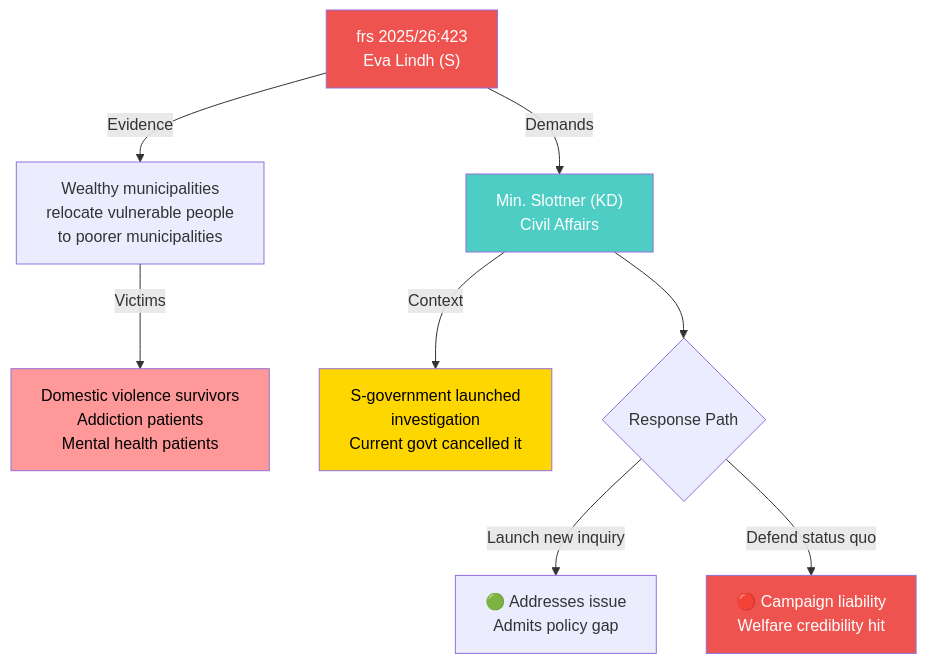
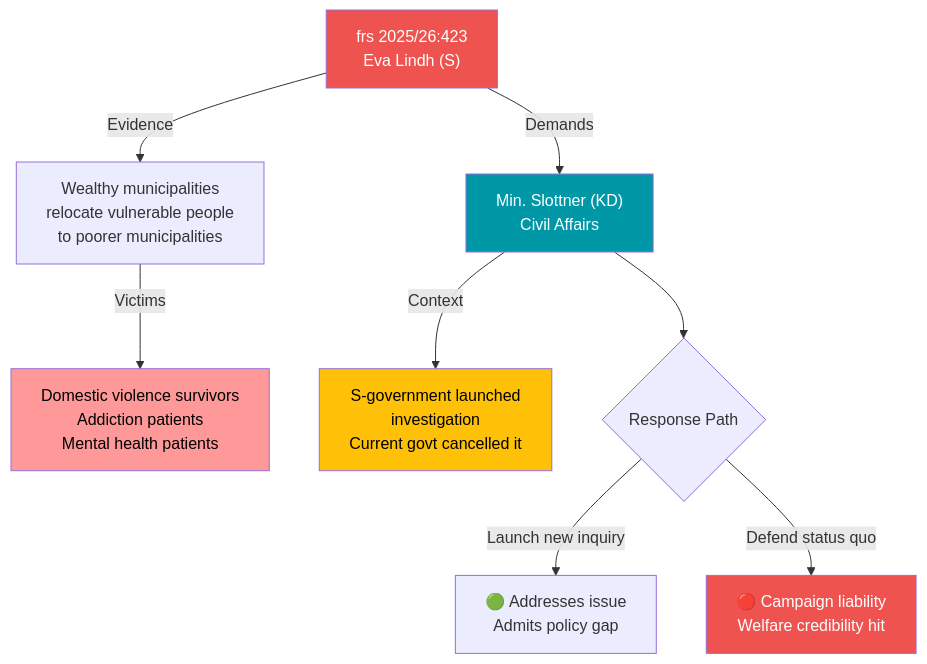
The diagram in analysis/daily/2026-04-14/interpellations/documents/HD10423-analysis.md (Hack23/riksdagsmonitor), drawn with Mermaid before and after one commit. The commit also changed 121 other files, not shown here.

````diff
--- a/analysis/daily/2026-04-14/interpellations/documents/HD10423-analysis.md
+++ b/analysis/daily/2026-04-14/interpellations/documents/HD10423-analysis.md
@@ -47,15 +47,15 @@
 ```mermaid
 flowchart TD
     A["frs 2025/26:423<br/>Eva Lindh (S)"] -->|Demands| B["Min. Slottner (KD)<br/>Civil Affairs"]
     A -->|Evidence| C["Wealthy municipalities<br/>relocate vulnerable people<br/>to poorer municipalities"]
     C -->|Victims| D["Domestic violence survivors<br/>Addiction patients<br/>Mental health patients"]
     B -->|Context| E["S-government launched<br/>investigation<br/>Current govt cancelled it"]
     B --> F{Response Path}
     F -->|Launch new inquiry| G["🟢 Addresses issue<br/>Admits policy gap"]
     F -->|Defend status quo| H["🔴 Campaign liability<br/>Welfare credibility hit"]
     style A fill:#EF5350,color:#FFFFFF
-    style B fill:#4ecdc4,color:#FFFFFF
+    style B fill:#0097A7,color:#FFFFFF
     style D fill:#ff9999,color:#000000
     style H fill:#EF5350,color:#FFFFFF
-    style E fill:#ffd700,color:#000000
+    style E fill:#FFC107,color:#000000
 ```
````
